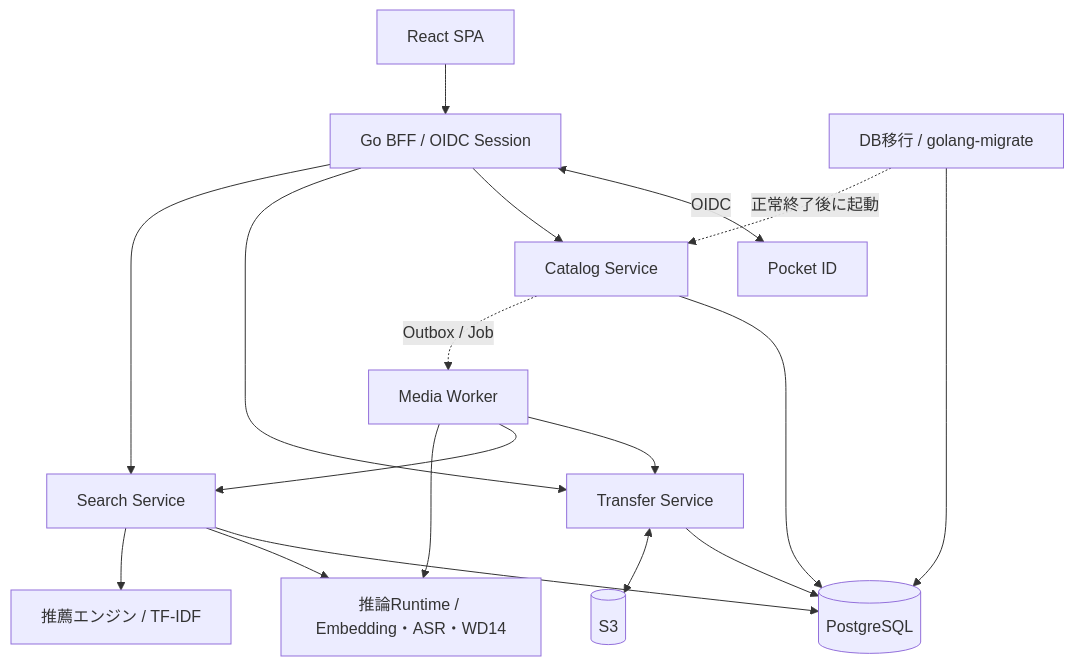
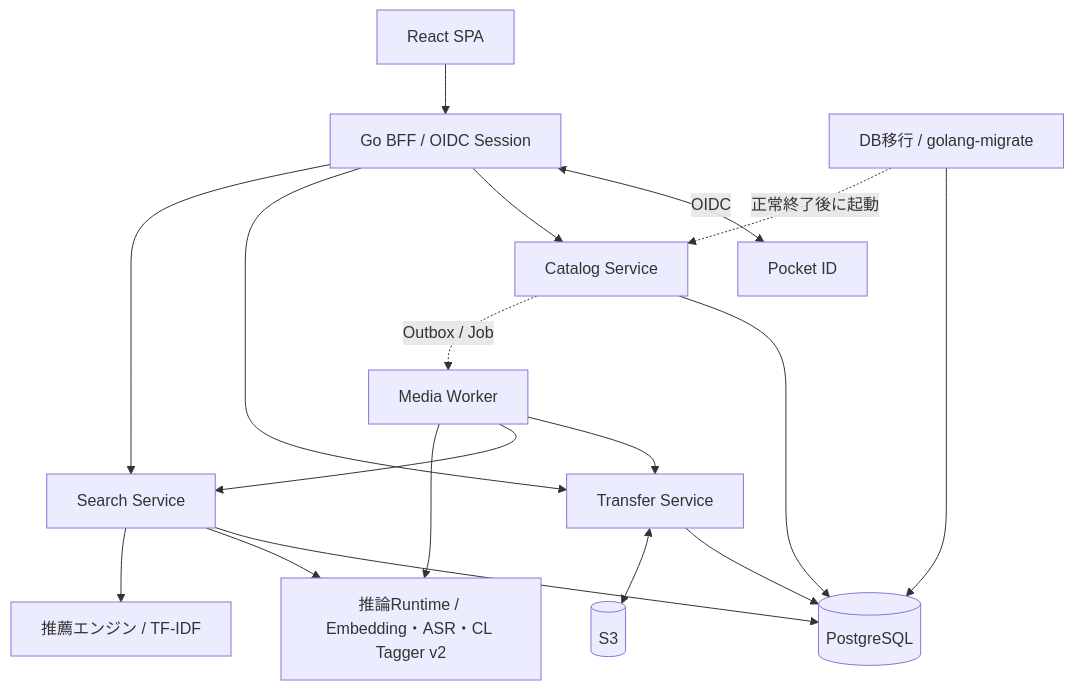
One commit to usbharu/ocms changed the first of 5 diagrams in media-storage-spec-v2.md. Above: the diagram before and after it, drawn with Mermaid. The commit also changed other lines of this file and 14 other files, not shown here.

````diff
--- a/media-storage-spec-v2.md
+++ b/media-storage-spec-v2.md
@@ -67,22 +67,22 @@
 ```mermaid
 flowchart TB
     SPA[React SPA] --> BFF[Go BFF / OIDC Session]
     BFF <-->|OIDC| IDP[Pocket ID]
     BFF --> CAT[Catalog Service]
     BFF --> XFER[Transfer Service]
     BFF --> SRCH[Search Service]
 
     CAT --> PG[(PostgreSQL)]
     MIG[DB移行 / golang-migrate] --> PG
     MIG -. 正常終了後に起動 .-> CAT
     XFER --> PG
     SRCH --> PG
     XFER <--> S3[(S3)]
 
     CAT -. Outbox / Job .-> WORK[Media Worker]
     WORK --> XFER
     WORK --> SRCH
-    WORK --> INF[推論Runtime / Embedding・ASR・WD14]
+    WORK --> INF[推論Runtime / Embedding・ASR・CL Tagger v2]
     SRCH --> INF
     SRCH --> REC[推薦エンジン / TF-IDF]
 ```
````
